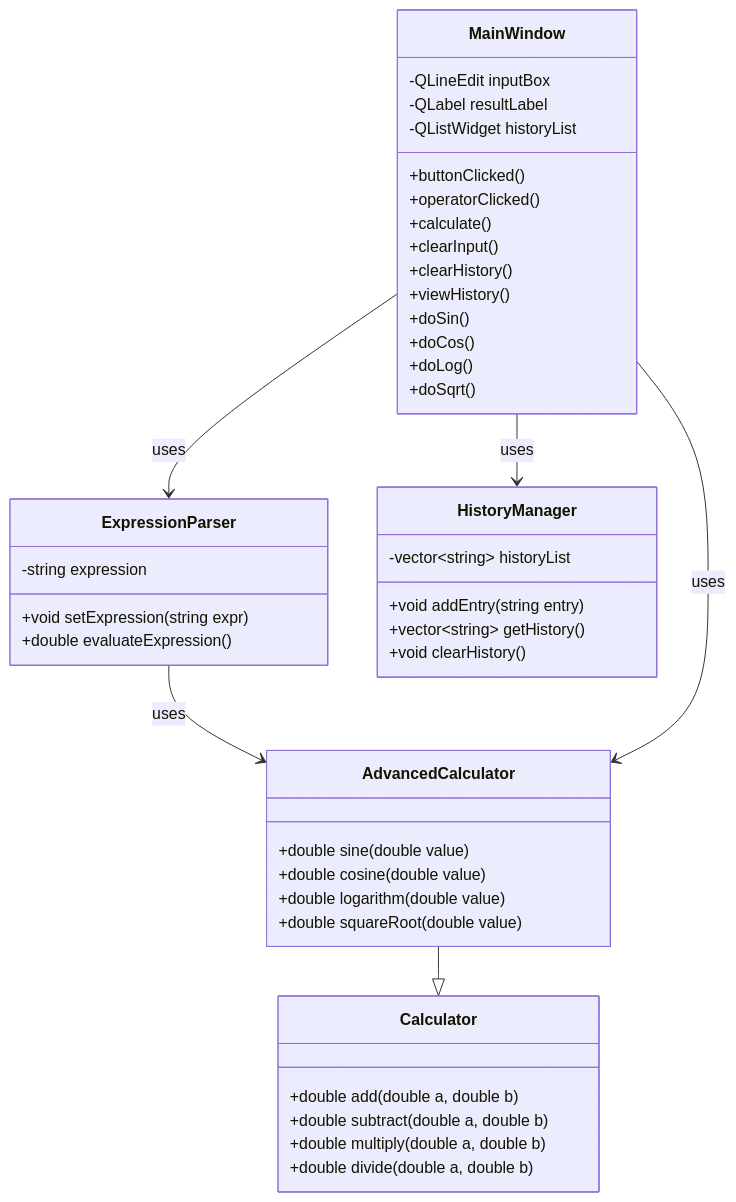
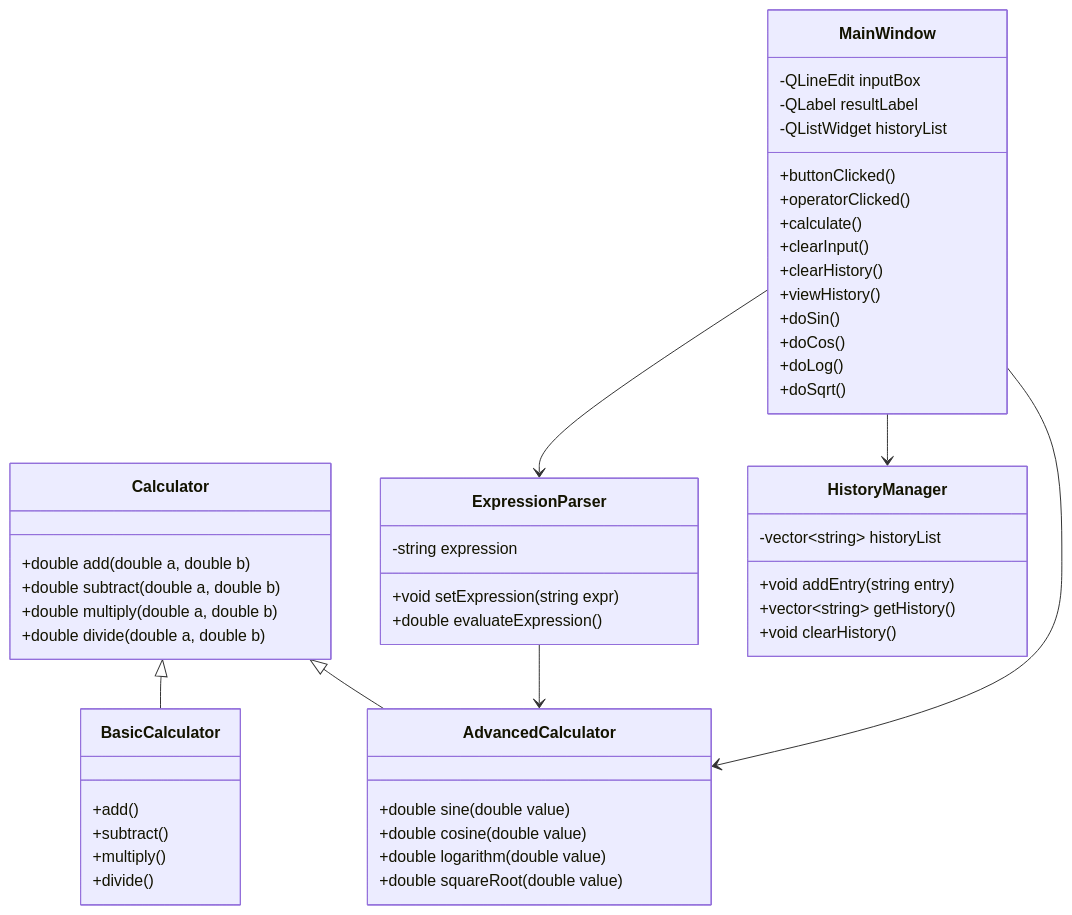
The diagram in README.md (justingarstecki/ProgrammingII_Project), drawn with Mermaid before and after one commit. The commit also changed other lines of this file, not shown here.

Commit message:
Updated README.md to include BasicCalculator

````diff
--- a/README.md
+++ b/README.md
@@ -90,51 +93,60 @@
 ```mermaid
 classDiagram
     class Calculator {
         +double add(double a, double b)
         +double subtract(double a, double b)
         +double multiply(double a, double b)
         +double divide(double a, double b)
+    }
+
+    class BasicCalculator {
+        +add()
+        +subtract()
+        +multiply()
+        +divide()
     }
 
     class AdvancedCalculator {
         +double sine(double value)
         +double cosine(double value)
         +double logarithm(double value)
         +double squareRoot(double value)
     }
 
     class ExpressionParser {
         -string expression
         +void setExpression(string expr)
         +double evaluateExpression()
     }
 
     class HistoryManager {
         -vector~string~ historyList
         +void addEntry(string entry)
         +vector~string~ getHistory()
         +void clearHistory()
     }
 
     class MainWindow {
         -QLineEdit inputBox
         -QLabel resultLabel
         -QListWidget historyList
         +buttonClicked()
         +operatorClicked()
         +calculate()
         +clearInput()
         +clearHistory()
         +viewHistory()
         +doSin()
         +doCos()
         +doLog()
         +doSqrt()
     }
 
-    AdvancedCalculator --|> Calculator
-    ExpressionParser --> AdvancedCalculator : uses
-    MainWindow --> ExpressionParser : uses
-    MainWindow --> AdvancedCalculator : uses
-    MainWindow --> HistoryManager : uses
+    Calculator <|-- BasicCalculator
+    Calculator <|-- AdvancedCalculator
+    ExpressionParser --> AdvancedCalculator
+    MainWindow --> ExpressionParser
+    MainWindow --> HistoryManager
+    MainWindow --> AdvancedCalculator
+
 ```
````
